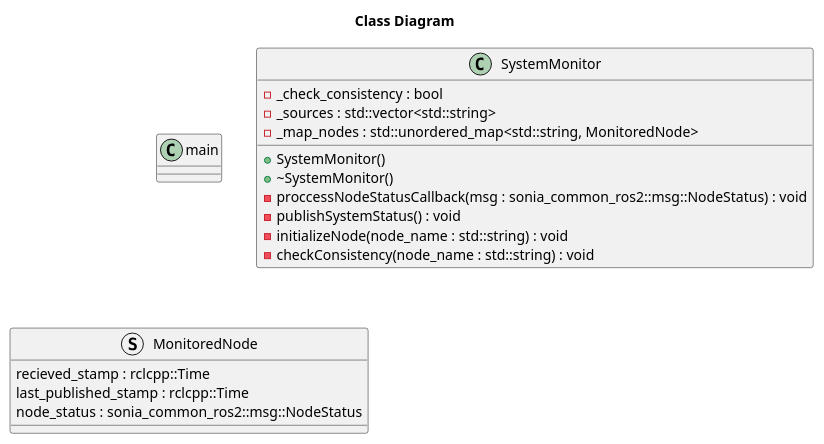
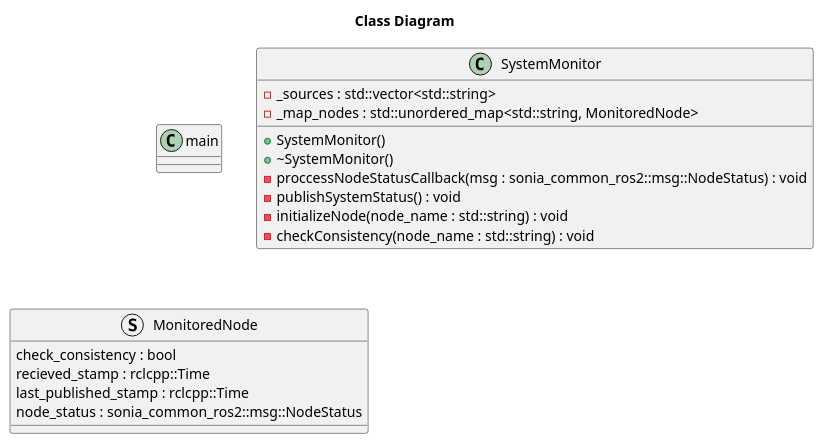
Before and after one commit to sonia-auv/sonia_deploy: the diagram in doc/ClassDiagram.wsd, drawn with PlantUML.

Commit message:
LOG-151: updated diagram

```diff
--- a/doc/ClassDiagram.wsd
+++ b/doc/ClassDiagram.wsd
@@ -1,23 +1,23 @@
 @startuml Class Diagram
 title Class Diagram
     class main{
         }
     class SystemMonitor{
-        - _check_consistency : bool
         - _sources : std::vector<std::string>
         - _map_nodes : std::unordered_map<std::string, MonitoredNode>
     
         + SystemMonitor()
         + ~SystemMonitor()
         - proccessNodeStatusCallback(msg : sonia_common_ros2::msg::NodeStatus) : void
         - publishSystemStatus() : void
         - initializeNode(node_name : std::string) : void
         - checkConsistency(node_name : std::string) : void       
 
     }
     struct MonitoredNode{
+        check_consistency : bool
         recieved_stamp : rclcpp::Time
         last_published_stamp : rclcpp::Time
         node_status : sonia_common_ros2::msg::NodeStatus
     }
 @enduml
```
